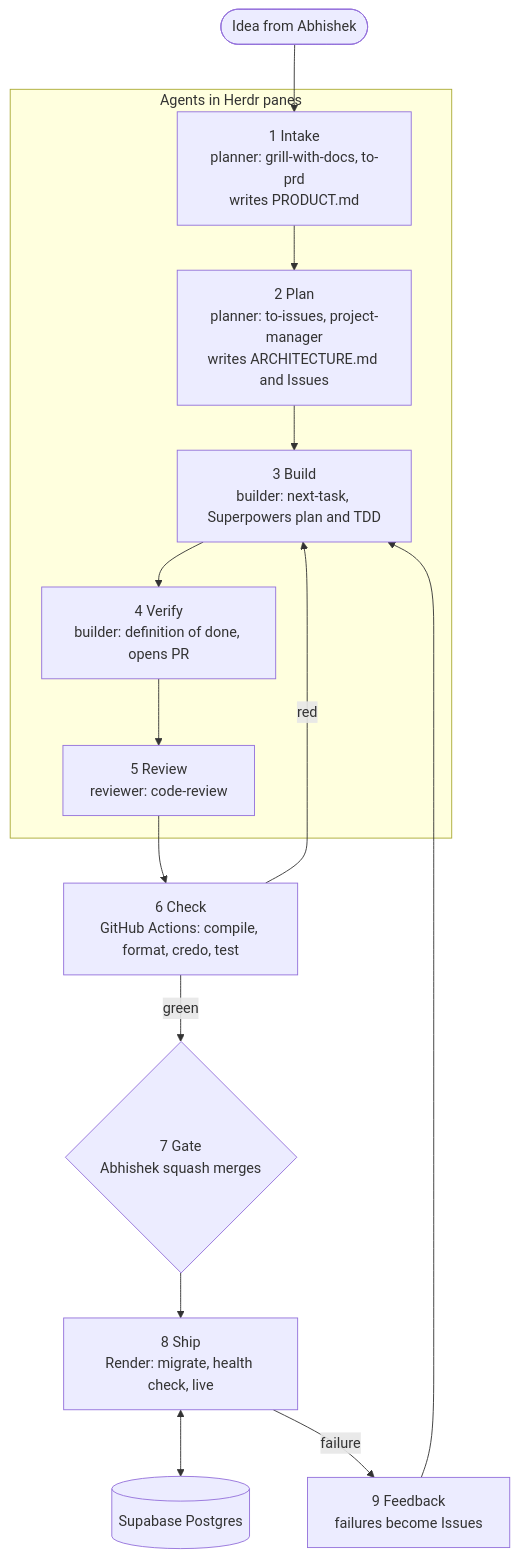
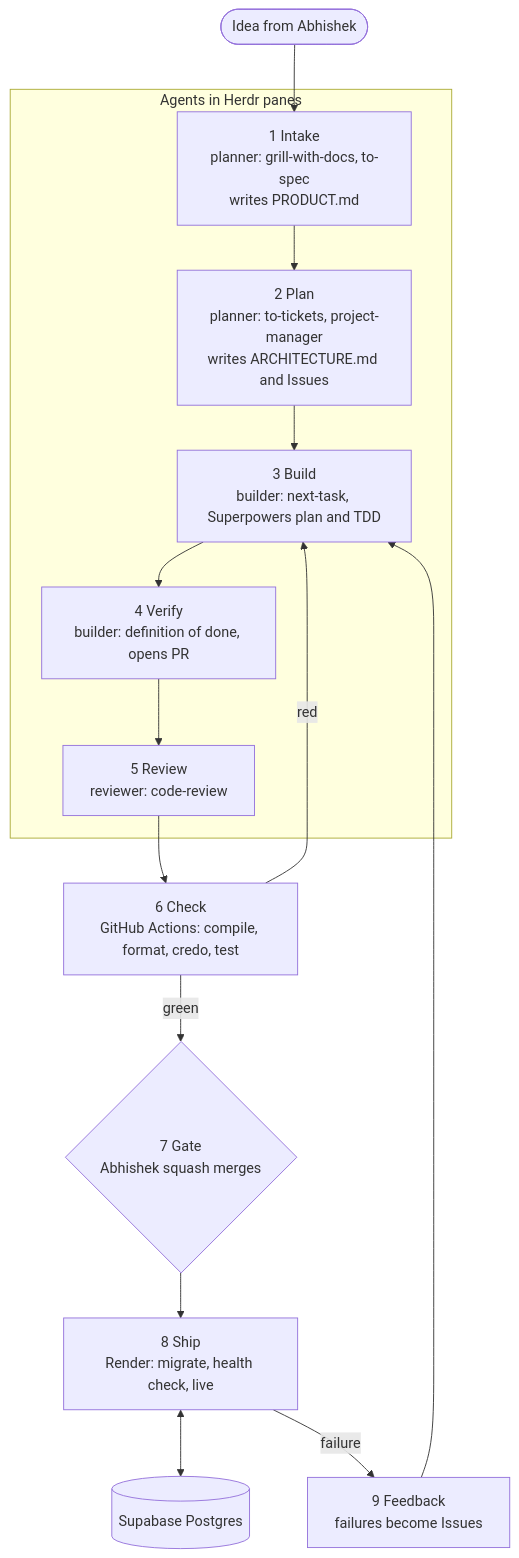
One commit to darth-dodo/maya changed the first of 2 diagrams in FACTORY.md. Above: the diagram before and after it, drawn with Mermaid. The commit also changed other lines of this file and 7 other files, not shown here.

````diff
--- a/FACTORY.md
+++ b/FACTORY.md
@@ -39,22 +39,22 @@
 ```mermaid
 flowchart TD
     idea([Idea from Abhishek]) --> intake
     subgraph agents [Agents in Herdr panes]
-        intake["1 Intake<br/>planner: grill-with-docs, to-prd<br/>writes PRODUCT.md"]
-        plan["2 Plan<br/>planner: to-issues, project-manager<br/>writes ARCHITECTURE.md and Issues"]
+        intake["1 Intake<br/>planner: grill-with-docs, to-spec<br/>writes PRODUCT.md"]
+        plan["2 Plan<br/>planner: to-tickets, project-manager<br/>writes ARCHITECTURE.md and Issues"]
         build["3 Build<br/>builder: next-task, Superpowers plan and TDD"]
         verify["4 Verify<br/>builder: definition of done, opens PR"]
         review["5 Review<br/>reviewer: code-review"]
     end
     check["6 Check<br/>GitHub Actions: compile, format, credo, test"]
     gate{"7 Gate<br/>Abhishek squash merges"}
     ship["8 Ship<br/>Render: migrate, health check, live"]
     db[(Supabase Postgres)]
     feedback["9 Feedback<br/>failures become Issues"]
     intake --> plan --> build --> verify --> review --> check
     check -- red --> build
     check -- green --> gate
     gate --> ship
     ship <--> db
     ship -- failure --> feedback --> build
 ```
````
